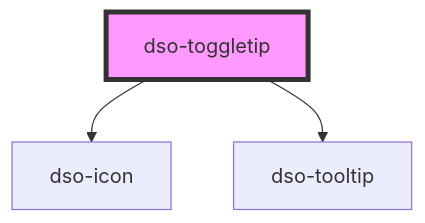
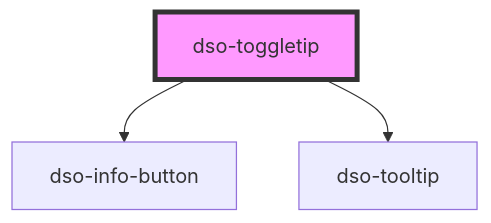
Before and after one commit to dso-toolkit/dso-toolkit: the diagram in packages/core/src/components/toggletip/readme.md, drawn with Mermaid. The commit also changed other lines of this file and 7 other files, not shown here.

Commit message:
#1179 dso-info-button ipv button

````diff
--- a/packages/core/src/components/toggletip/readme.md
+++ b/packages/core/src/components/toggletip/readme.md
@@ -23,6 +24,6 @@
 ```mermaid
 graph TD;
-  dso-toggletip --> dso-icon
+  dso-toggletip --> dso-info-button
   dso-toggletip --> dso-tooltip
   style dso-toggletip fill:#f9f,stroke:#333,stroke-width:4px
 ```
````
